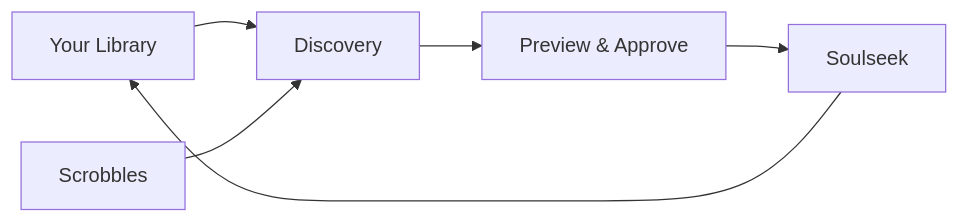
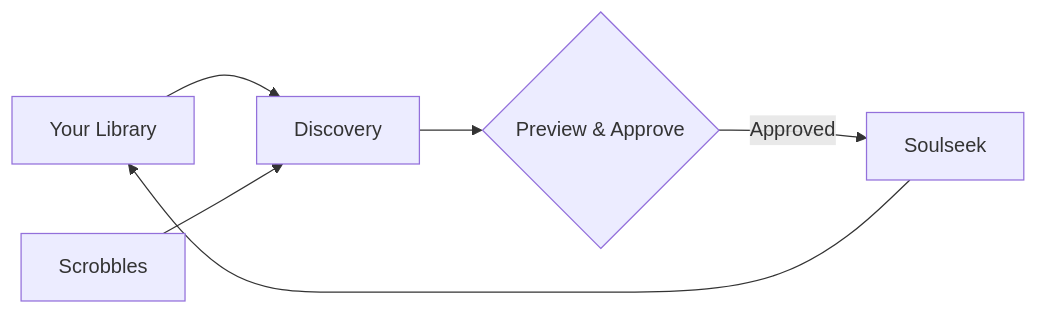
One commit to jordojordo/deepcrate changed the diagram in README.md. Above: the diagram before and after it, drawn with Mermaid. The commit also changed other lines of this file and 1 other file, not shown here.

````diff
--- a/README.md
+++ b/README.md
@@ -19,8 +28,8 @@
 ```mermaid
 flowchart LR
     A[Your Library] --> B[Discovery]
     C[Scrobbles] --> B
-    B --> D[Preview & Approve]
-    D --> E[Soulseek]
+    B --> D{Preview & Approve}
+    D -->|Approved| E[Soulseek]
     E --> A
 ```
````
